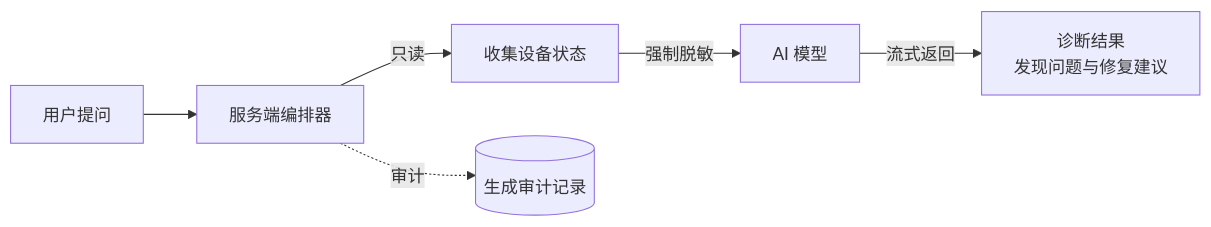
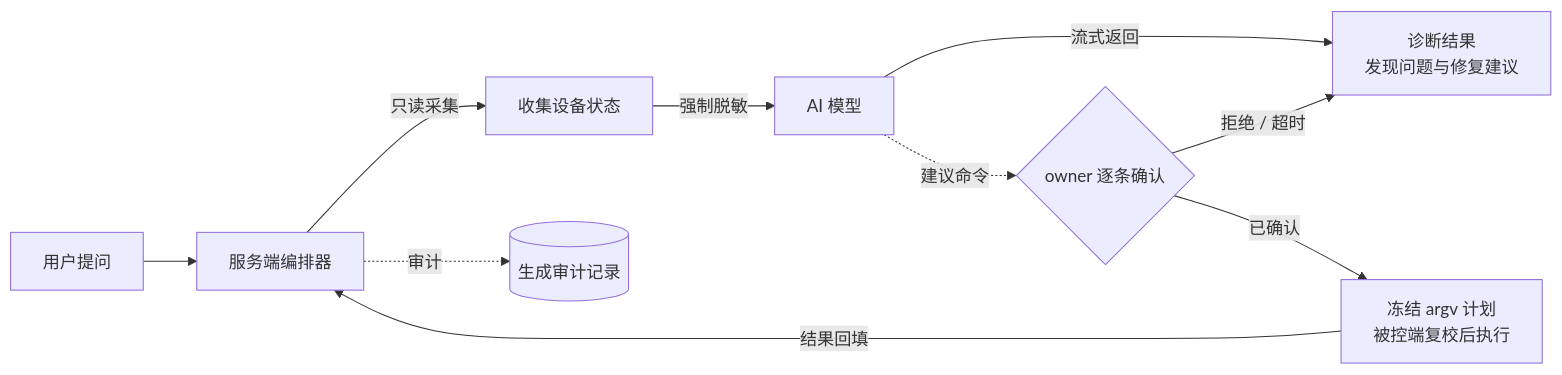
Before and after one commit to lcxl-remote/lcxl-remote-desk-web: the third of 3 diagrams in README_CN.md, drawn with Mermaid. The commit also changed other lines of this file and 2 other files, not shown here.

````diff
--- a/README_CN.md
+++ b/README_CN.md
@@ -153,8 +154,12 @@
 ```mermaid
 graph LR
     user[用户提问] --> orch[服务端编排器]
-    orch -->|只读| evidence[收集设备状态]
+    orch -->|只读采集| evidence[收集设备状态]
     evidence -->|强制脱敏| model[AI 模型]
     model -->|流式返回| diag[诊断结果<br/>发现问题与修复建议]
+    model -.建议命令.-> confirm{owner 逐条确认}
+    confirm -->|已确认| exec[冻结 argv 计划<br/>被控端复校后执行]
+    exec -->|结果回填| orch
+    confirm -->|拒绝 / 超时| diag
     orch -.审计.-> audit[(生成审计记录)]
 ```
````
